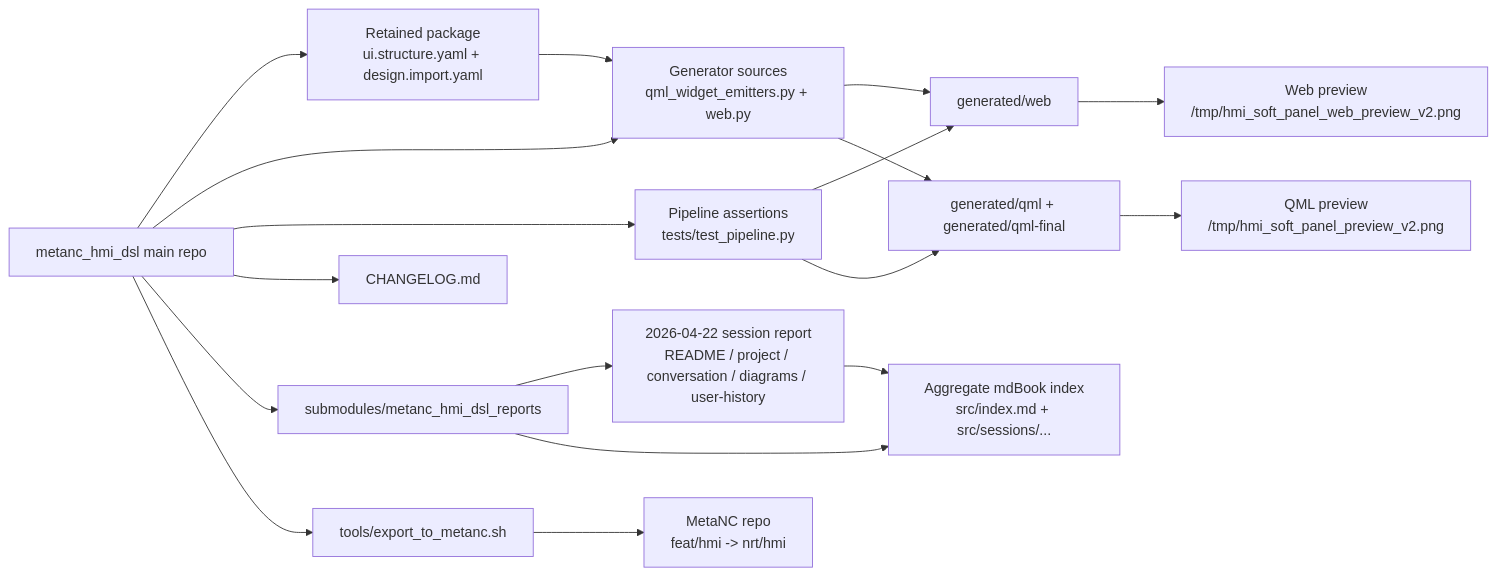
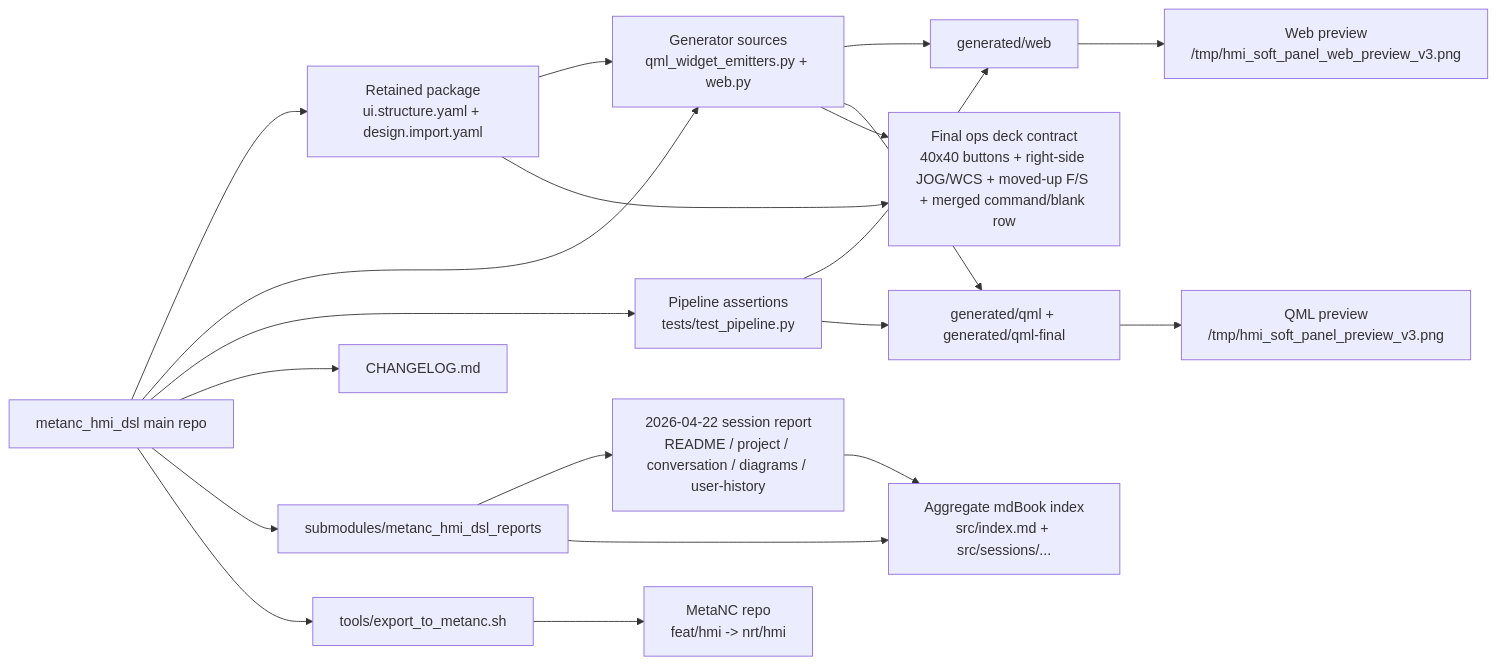
Before and after one commit to luppiterw/metanc_hmi_dsl_reports: the diagram in 2026-04-22-codex-session/architecture-diagram.md, drawn with Mermaid. The commit also changed 7 other files, not shown here.

Commit message:
fix: finalize soft panel control layout

````diff
--- a/2026-04-22-codex-session/architecture-diagram.md
+++ b/2026-04-22-codex-session/architecture-diagram.md
@@ -3,24 +3,27 @@
 ```mermaid
 flowchart LR
     Repo[metanc_hmi_dsl main repo] --> Retained[Retained package<br/>ui.structure.yaml + design.import.yaml]
     Repo --> Emitters[Generator sources<br/>qml_widget_emitters.py + web.py]
     Repo --> Tests[Pipeline assertions<br/>tests/test_pipeline.py]
     Repo --> Changelog[CHANGELOG.md]
     Repo --> ReportsSubmodule[submodules/metanc_hmi_dsl_reports]
 
     Retained --> Emitters
     Emitters --> WebOut[generated/web]
     Emitters --> QmlOut[generated/qml + generated/qml-final]
     Tests --> WebOut
     Tests --> QmlOut
 
-    QmlOut --> QmlShot[QML preview<br/>/tmp/hmi_soft_panel_preview_v2.png]
-    WebOut --> WebShot[Web preview<br/>/tmp/hmi_soft_panel_web_preview_v2.png]
+    QmlOut --> QmlShot[QML preview<br/>/tmp/hmi_soft_panel_preview_v3.png]
+    WebOut --> WebShot[Web preview<br/>/tmp/hmi_soft_panel_web_preview_v3.png]
 
     ReportsSubmodule --> Session[2026-04-22 session report<br/>README / project / conversation / diagrams / user-history]
     ReportsSubmodule --> Aggregate[Aggregate mdBook index<br/>src/index.md + src/sessions/...]
     Session --> Aggregate
 
+    Retained --> FinalDeck[Final ops deck contract<br/>40x40 buttons + right-side JOG/WCS + moved-up F/S + merged command/blank row]
+    Emitters --> FinalDeck
+
     Repo --> ExportScript[tools/export_to_metanc.sh]
     ExportScript --> MetaNC[MetaNC repo<br/>feat/hmi -> nrt/hmi]
 ```
````
